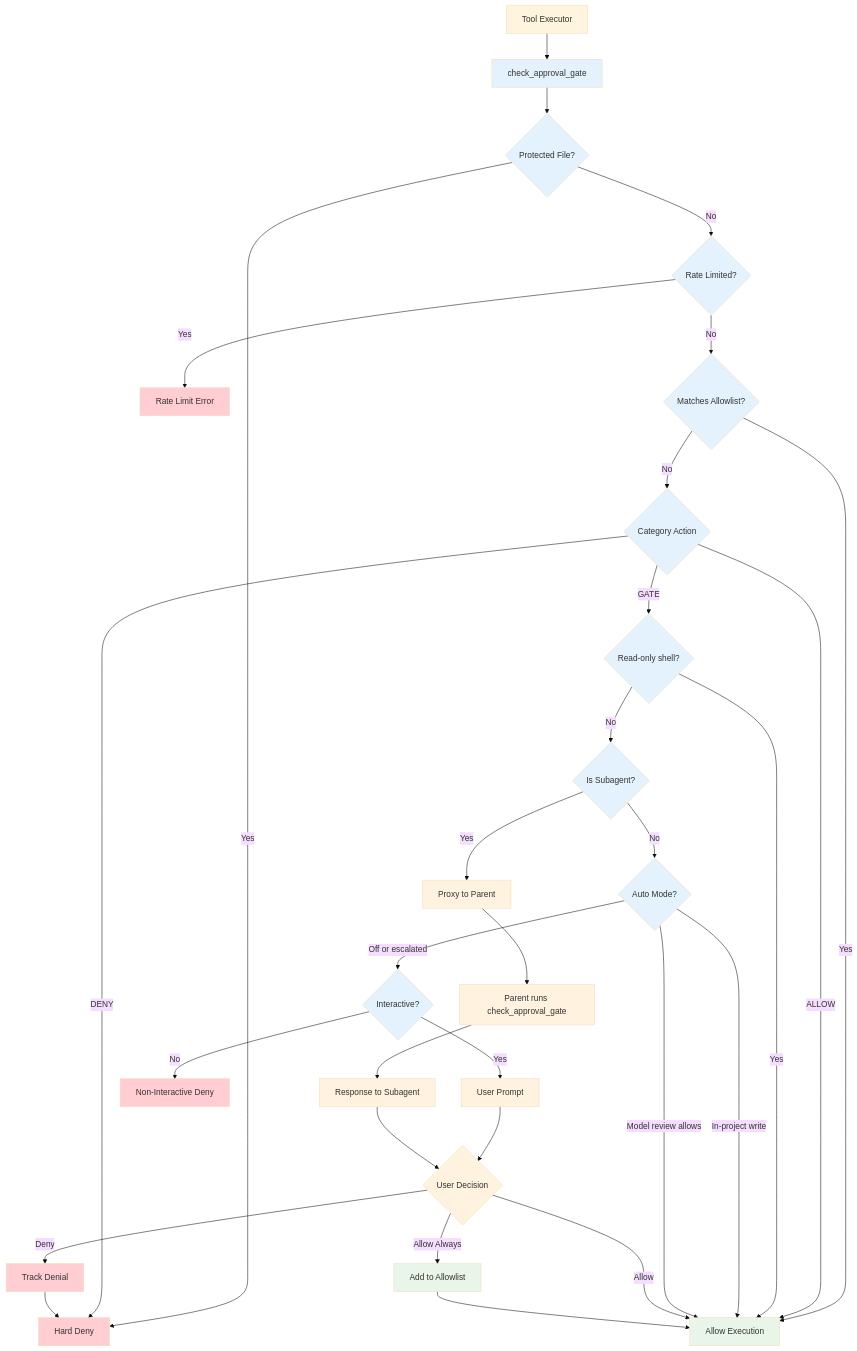
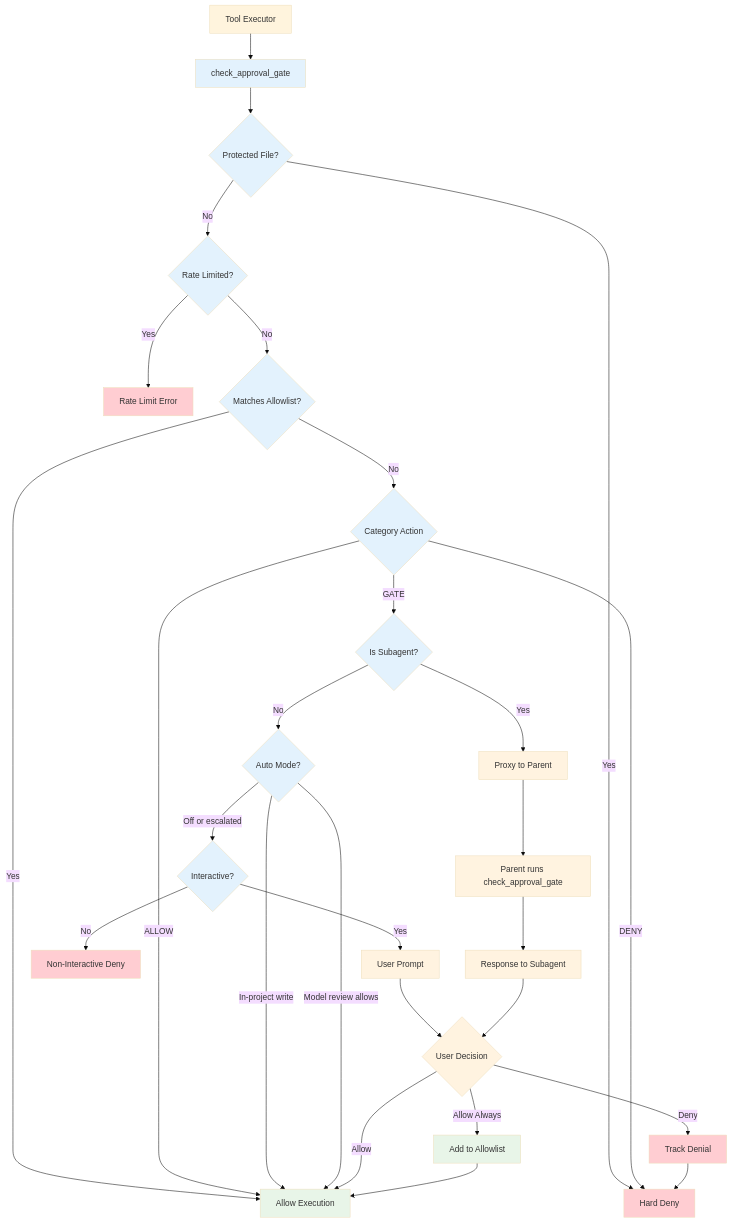
One commit to tgittos/scaffold changed diagram 17 of 20 in ARCHITECTURE.md. Above: the diagram before and after it, drawn with Mermaid (base theme). The commit also changed other lines of this file and 10 other files, not shown here.

Commit message:
fix(policy): drop the read-only shell shortcut

````diff
--- a/ARCHITECTURE.md
+++ b/ARCHITECTURE.md
@@ -939,54 +939,51 @@
 ```mermaid
 graph TB
     ToolExec[Tool Executor] --> CheckGate[check_approval_gate]
 
     CheckGate --> ProtectedCheck{Protected File?}
     ProtectedCheck -->|Yes| Deny[Hard Deny]
     ProtectedCheck -->|No| RateCheck{Rate Limited?}
 
     RateCheck -->|Yes| RateLimitErr[Rate Limit Error]
     RateCheck -->|No| AllowlistCheck{Matches Allowlist?}
 
     AllowlistCheck -->|Yes| Allow[Allow Execution]
     AllowlistCheck -->|No| CategoryCheck{Category Action}
 
     CategoryCheck -->|ALLOW| Allow
     CategoryCheck -->|DENY| Deny
-    CategoryCheck -->|GATE| ReadOnlyCheck{Read-only shell?}
-
-    ReadOnlyCheck -->|Yes| Allow
-    ReadOnlyCheck -->|No| SubagentCheck{Is Subagent?}
+    CategoryCheck -->|GATE| SubagentCheck{Is Subagent?}
 
     SubagentCheck -->|Yes| ProxyRequest[Proxy to Parent]
     SubagentCheck -->|No| AutoCheck{Auto Mode?}
 
     ProxyRequest --> ParentCheck[Parent runs check_approval_gate]
     ParentCheck --> ProxyResponse[Response to Subagent]
 
     AutoCheck -->|In-project write| Allow
     AutoCheck -->|Model review allows| Allow
     AutoCheck -->|Off or escalated| InteractiveCheck{Interactive?}
 
     InteractiveCheck -->|No| NonInteractiveDeny[Non-Interactive Deny]
     InteractiveCheck -->|Yes| UserPrompt[User Prompt]
 
     UserPrompt --> UserDecision{User Decision}
     ProxyResponse --> UserDecision
 
     UserDecision -->|Allow| Allow
     UserDecision -->|Deny| TrackDenial[Track Denial]
     UserDecision -->|Allow Always| AddPattern[Add to Allowlist]
 
     TrackDenial --> Deny
     AddPattern --> Allow
 
     classDef check fill:#e3f2fd
     classDef action fill:#e8f5e8
     classDef deny fill:#ffcdd2
     classDef prompt fill:#fff3e0
 
     class CheckGate,ProtectedCheck,RateCheck,AllowlistCheck,CategoryCheck,InteractiveCheck,ReadOnlyCheck,SubagentCheck,AutoCheck check
     class Allow,AddPattern action
     class Deny,RateLimitErr,NonInteractiveDeny,TrackDenial deny
     class UserPrompt,ParentCheck,ProxyRequest,ProxyResponse,UserDecision prompt
 ```
````
